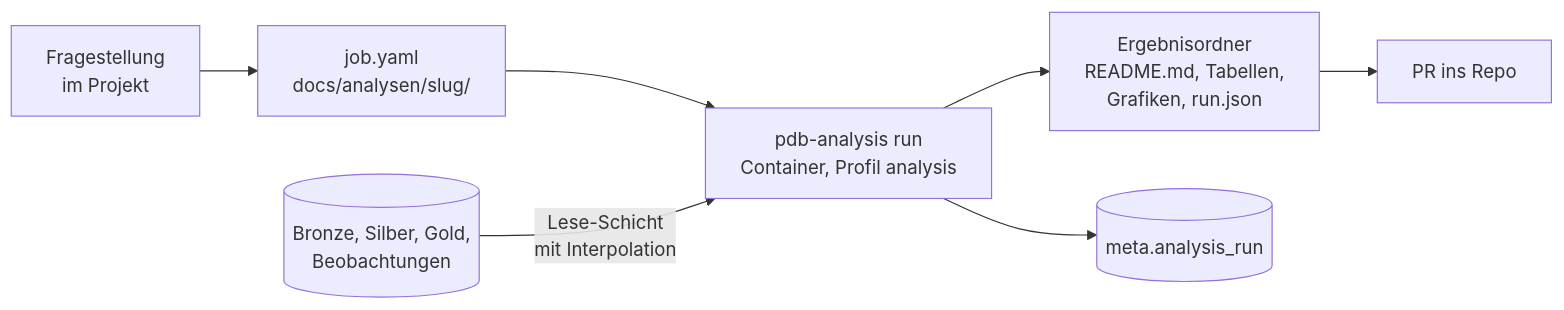
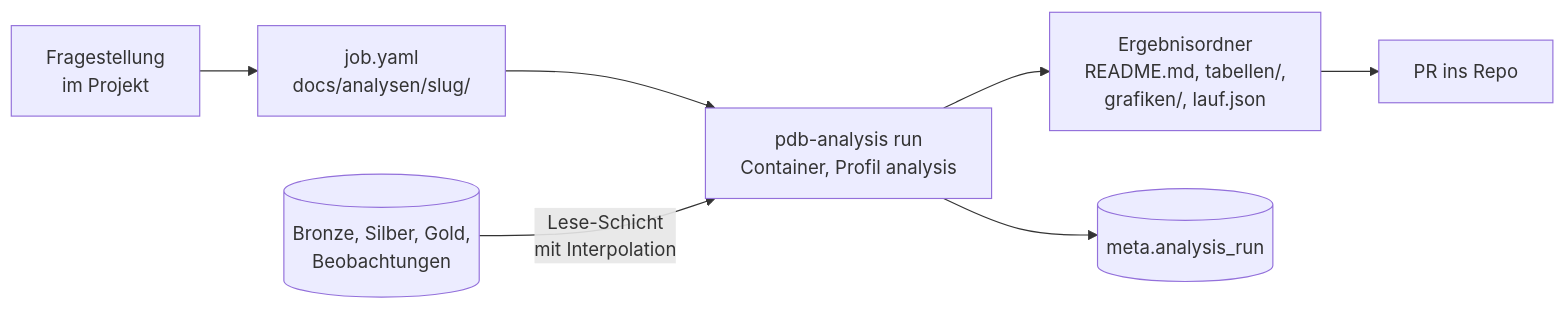
One commit to the78mole/PredictionDB changed diagram 14 of 17 in docs/ARCHITEKTUR.md. Above: the diagram before and after it, drawn with Mermaid. The commit also changed other lines of this file, not shown here.

````diff
--- a/docs/ARCHITEKTUR.md
+++ b/docs/ARCHITEKTUR.md
@@ -1114,9 +1114,9 @@
 ```mermaid
 flowchart LR
     Q["Fragestellung<br/>im Projekt"] --> J["job.yaml<br/>docs/analysen/slug/"]
     J --> R["pdb-analysis run<br/>Container, Profil analysis"]
     D[("Bronze, Silber, Gold,<br/>Beobachtungen")] -- "Lese-Schicht<br/>mit Interpolation" --> R
-    R --> E["Ergebnisordner<br/>README.md, Tabellen,<br/>Grafiken, run.json"]
+    R --> E["Ergebnisordner<br/>README.md, tabellen/,<br/>grafiken/, lauf.json"]
     E --> PR["PR ins Repo"]
     R --> REG[("meta.analysis_run")]
 ```
````
